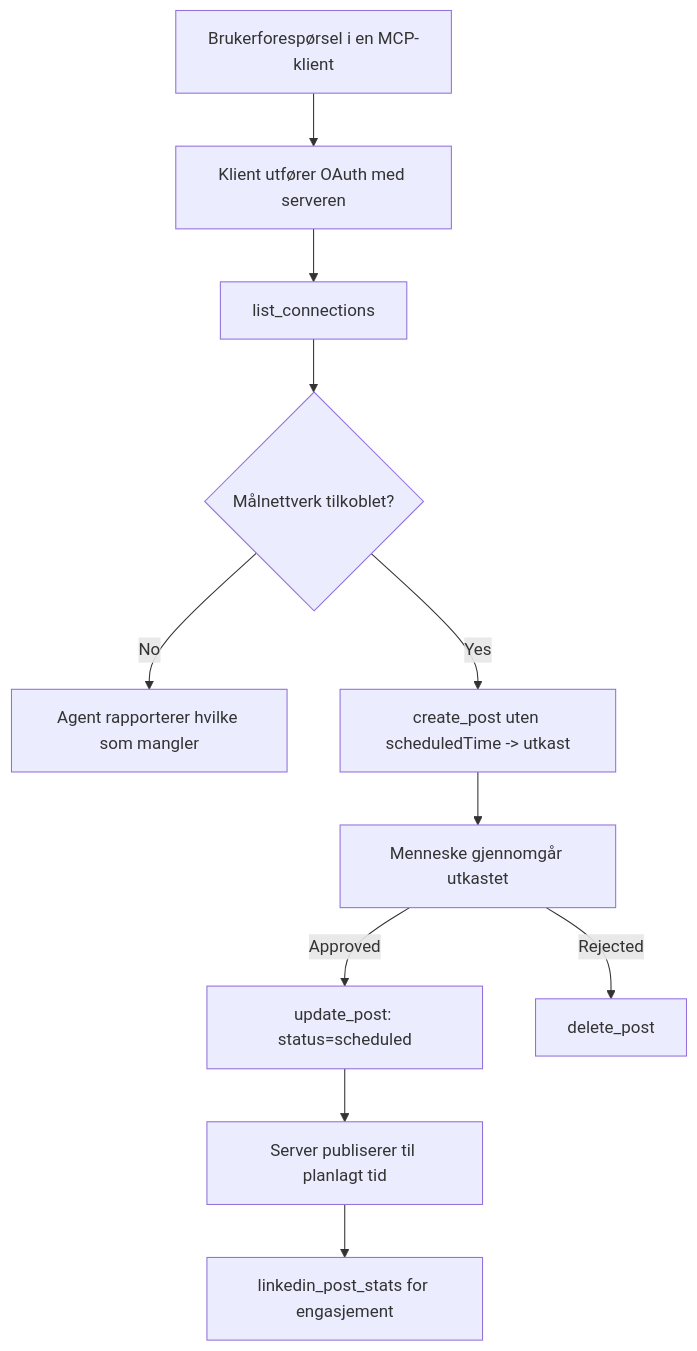
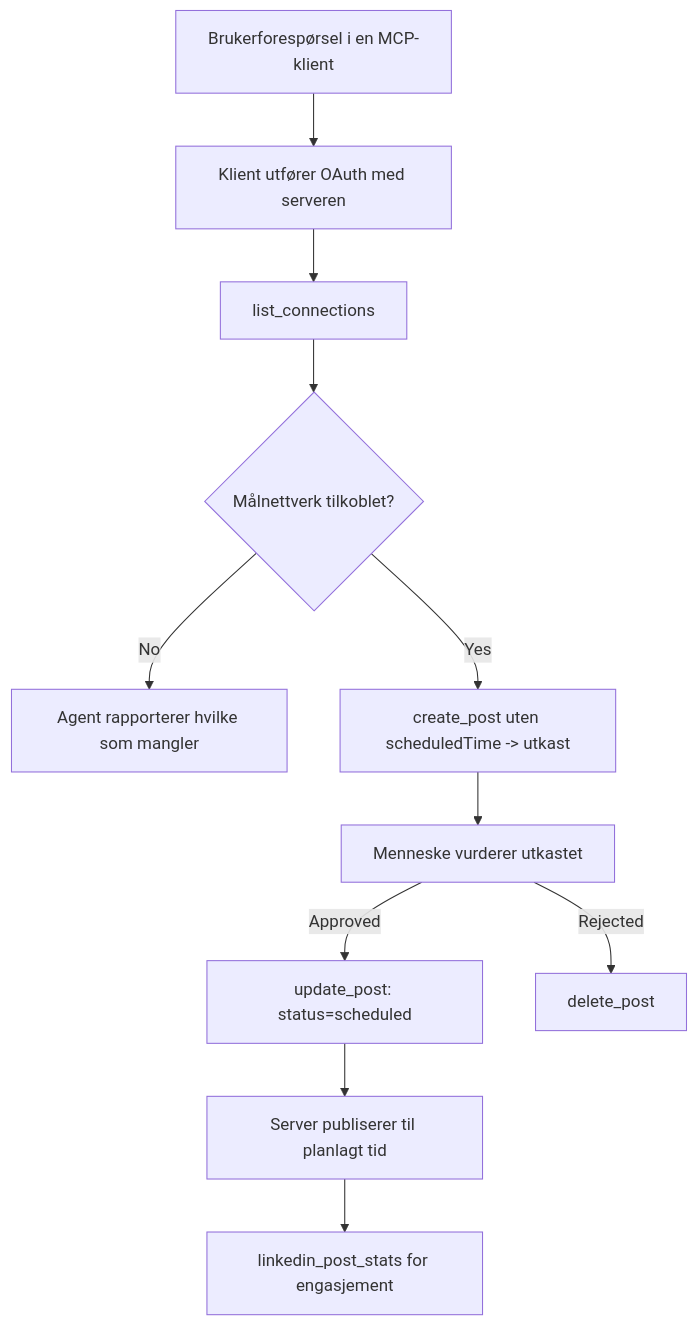
Before and after one commit to microsoft/mcp-for-beginners: the diagram in translations/no/09-CaseStudy/publora-social-publishing.md, drawn with Mermaid. The commit also changed other lines of this file and 156 other files, not shown here.

````diff
--- a/translations/no/09-CaseStudy/publora-social-publishing.md
+++ b/translations/no/09-CaseStudy/publora-social-publishing.md
@@ -47,13 +47,13 @@
 ```mermaid
 flowchart TD
     A[Brukerforespørsel i en MCP-klient] --> B[Klient utfører OAuth med serveren]
     B --> C[list_connections]
     C --> D{Målnettverk tilkoblet?}
     D -- No --> E[Agent rapporterer hvilke som mangler]
     D -- Yes --> F[create_post uten scheduledTime -> utkast]
-    F --> G[Menneske gjennomgår utkastet]
+    F --> G[Menneske vurderer utkastet]
     G -- Approved --> H[update_post: status=scheduled]
     G -- Rejected --> I[delete_post]
     H --> J[Server publiserer til planlagt tid]
     J --> K[linkedin_post_stats for engasjement]
 ```
````
